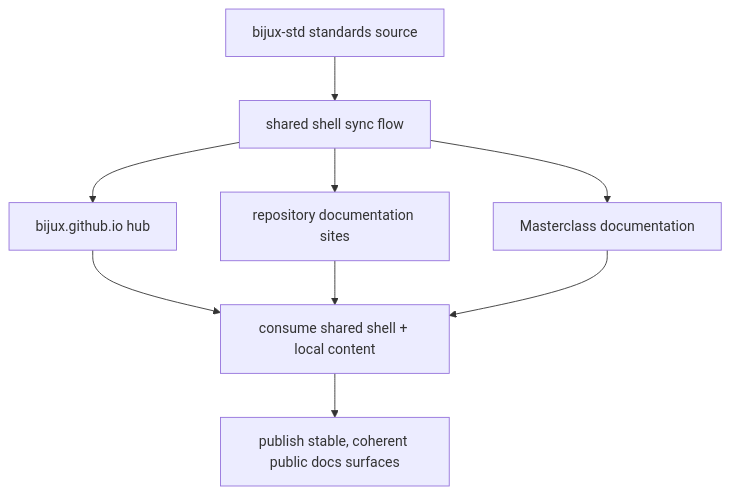
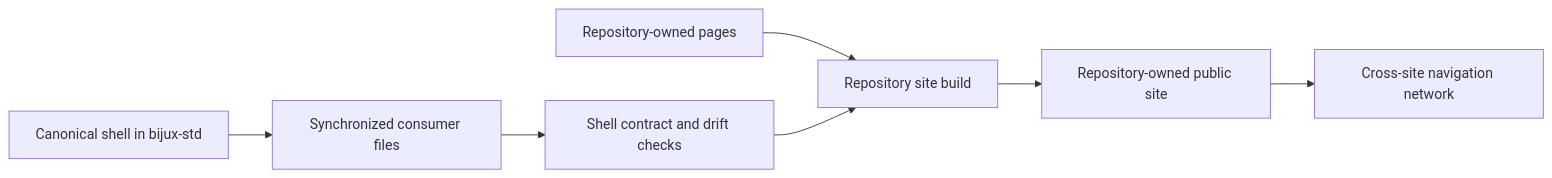
The second of 2 diagrams in docs/01-platform/documentation-network/index.md (bijux/bijux.github.io), drawn with Mermaid before and after one commit. The commit also changed other lines of this file and 1 other file, not shown here.

Commit message:
docs(delivery): define output custody and site ownership

````diff
--- a/docs/01-platform/documentation-network/index.md
+++ b/docs/01-platform/documentation-network/index.md
@@ -26,13 +55,9 @@
 ```mermaid
-graph TD
-    source["bijux-std standards source"] --> sync["shared shell sync flow"]
-    sync --> hub["bijux.github.io hub"]
-    sync --> repos["repository documentation sites"]
-    sync --> learning["Masterclass documentation"]
-
-    hub --> consume["consume shared shell + local content"]
-    repos --> consume
-    learning --> consume
-
-    consume --> publish["publish stable, coherent public docs surfaces"]
+flowchart LR
+    standard["Canonical shell in bijux-std"] --> sync["Synchronized consumer files"]
+    local["Repository-owned pages"] --> build["Repository site build"]
+    sync --> contract["Shell contract and drift checks"]
+    contract --> build
+    build --> site["Repository-owned public site"]
+    site --> network["Cross-site navigation network"]
 ```
````
